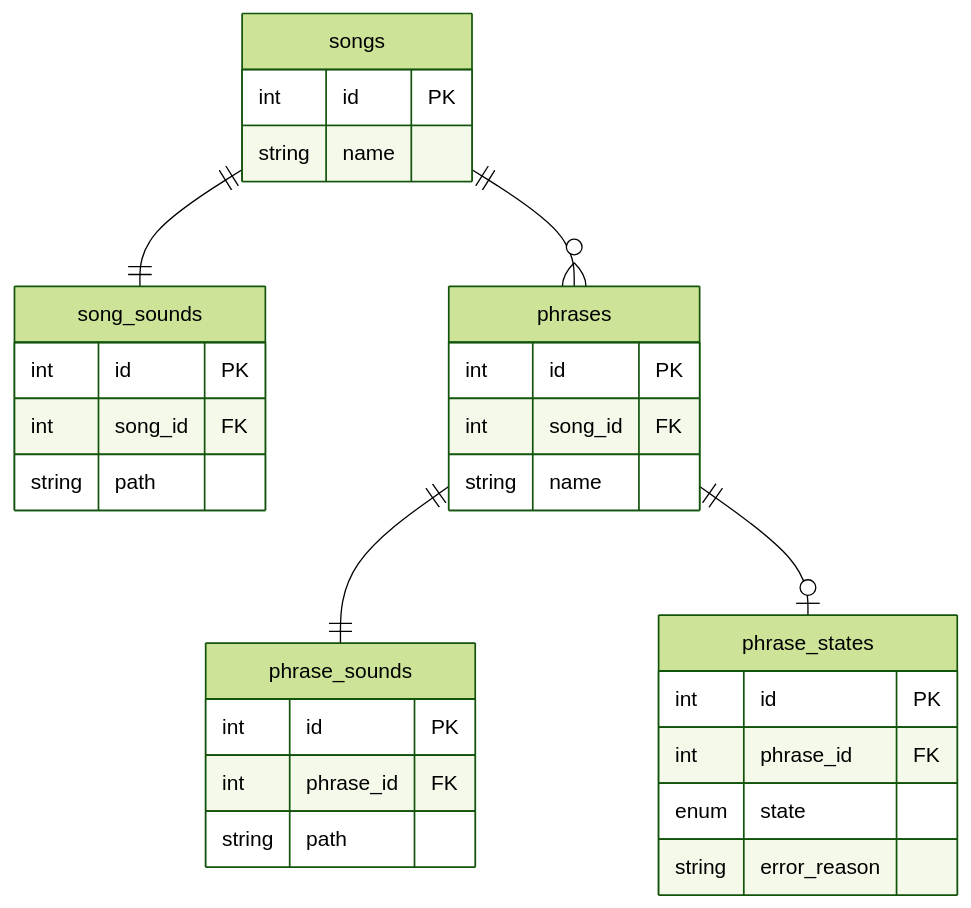
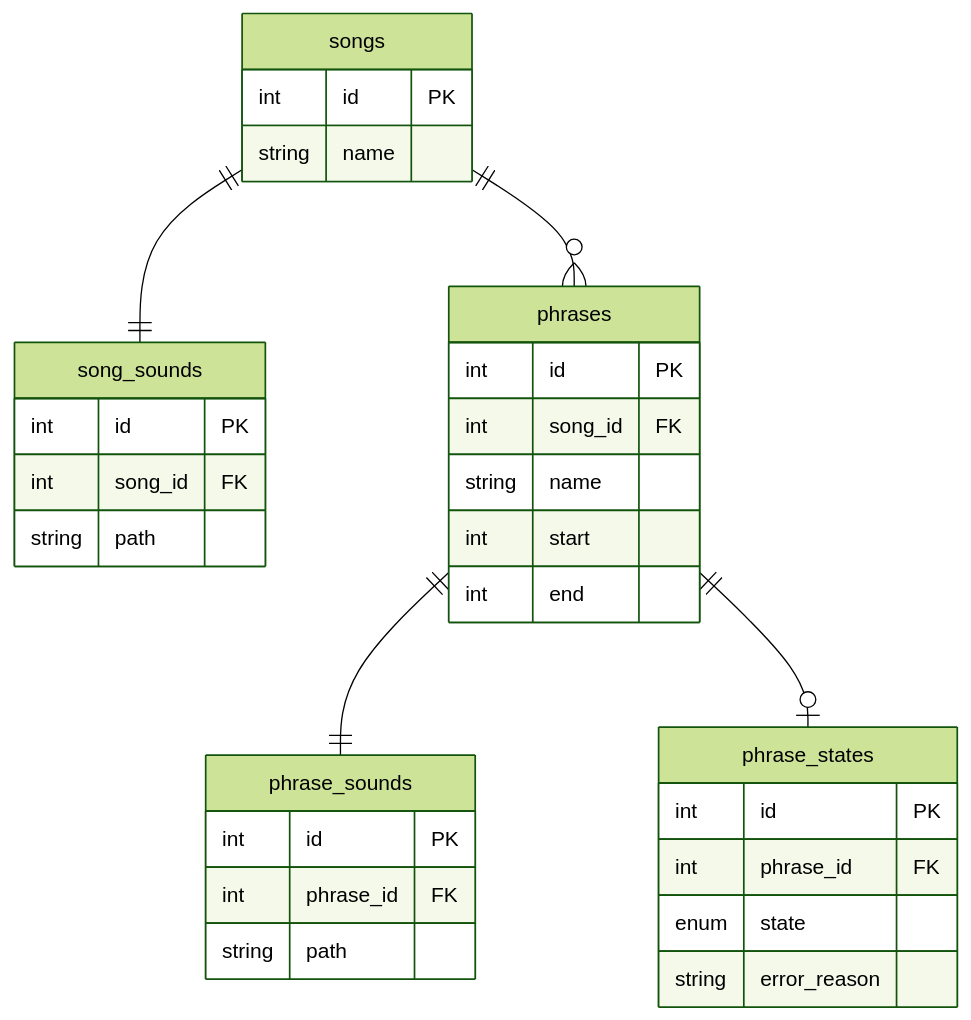
Before and after one commit to yuya-okada527/re-music: the diagram in docs/designs/erd.md, drawn with Mermaid (forest theme). The commit also changed 2 other files, not shown here.

Commit message:
add interface detail

````diff
--- a/docs/designs/erd.md
+++ b/docs/designs/erd.md
@@ -5,38 +5,40 @@
 ```mermaid
 erDiagram
 
 songs ||--|| song_sounds: ""
 songs ||--o{ phrases: ""
 phrases ||--|| phrase_sounds: ""
 phrases ||--o| phrase_states: ""
 
 songs {
   int id PK
   string name
 }
 
 song_sounds {
   int id PK
   int song_id FK
   string path
 }
 
 phrases {
   int id PK
   int song_id FK
   string name
+  int start
+  int end
 }
 
 phrase_sounds {
   int id PK
   int phrase_id FK
   string path
 }
 
 phrase_states {
   int id PK
   int phrase_id FK
   enum state
   string error_reason
 }
 ```
````
